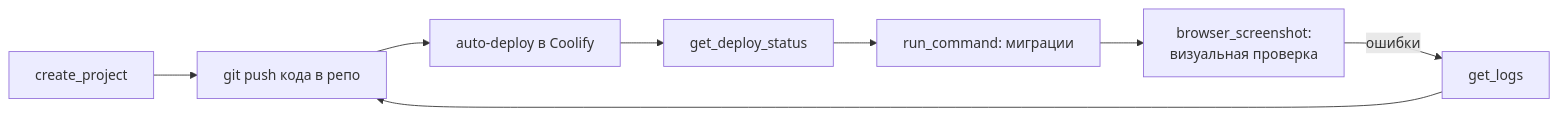
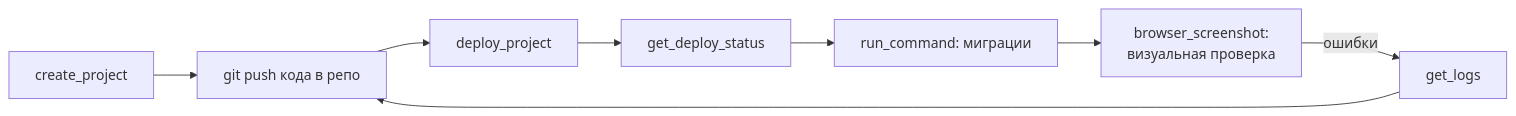
One commit to kivanov2/lpvibe-mcp changed the second of 2 diagrams in README.md. Above: the diagram before and after it, drawn with Mermaid. The commit also changed other lines of this file, not shown here.

Commit message:
docs: reflect real deploy flow — per-project deploy keys, no auto-deploy on push

````diff
--- a/README.md
+++ b/README.md
@@ -72,9 +76,9 @@
 ```mermaid
 flowchart LR
     A[create_project] --> B[git push кода в репо]
-    B --> C[auto-deploy в Coolify]
+    B --> C[deploy_project]
     C --> D[get_deploy_status]
     D --> E[run_command: миграции]
     E --> F[browser_screenshot:<br/>визуальная проверка]
     F -->|ошибки| G[get_logs] --> B
 ```
````
